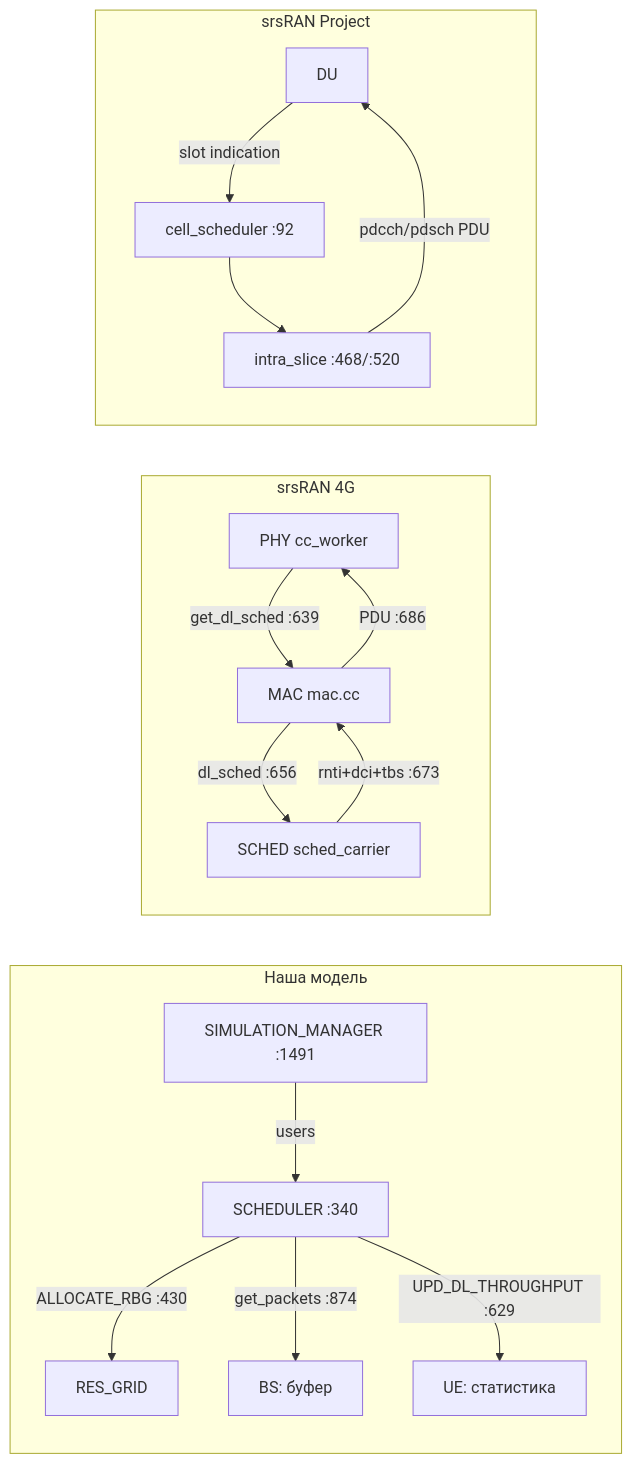
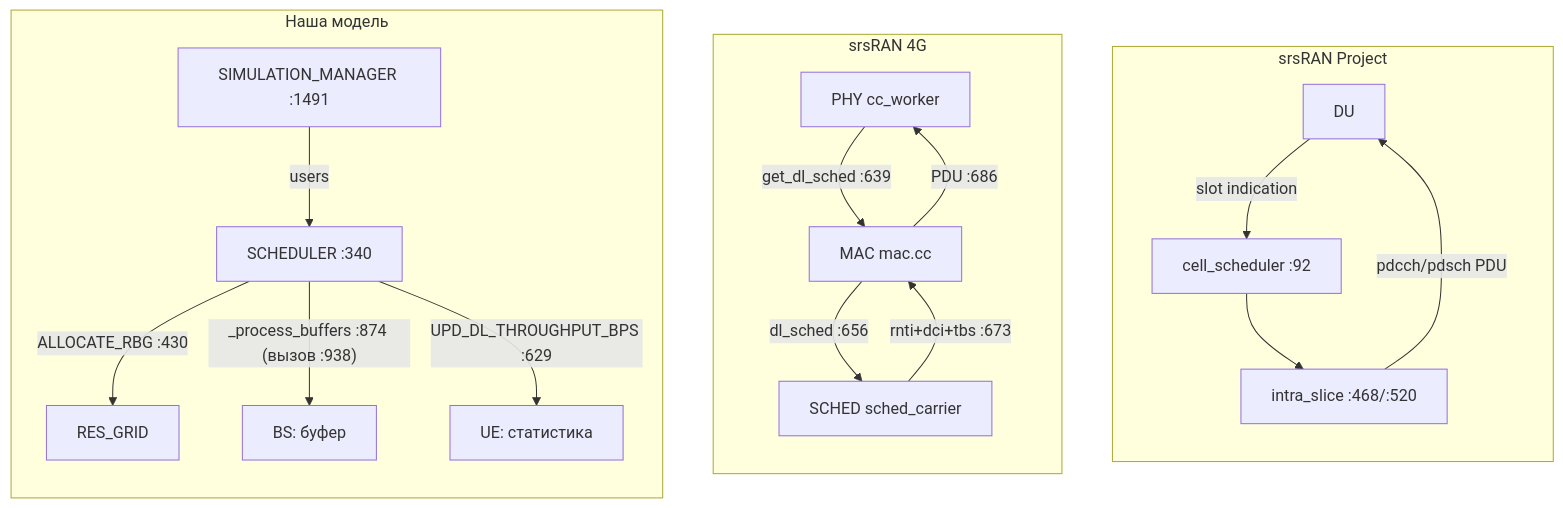
One commit to dokbrawn/REC-S5 changed the fifth of 5 diagrams in weeks/docs/week_03_report.md. Above: the diagram before and after it, drawn with Mermaid. The commit also changed other lines of this file and 5 other files, not shown here.

````diff
--- a/weeks/docs/week_03_report.md
+++ b/weeks/docs/week_03_report.md
@@ -798,20 +808,21 @@
 ```mermaid
 flowchart LR
     subgraph OURS2["Наша модель"]
         SM["SIMULATION_MANAGER :1491"] -->|"users"| SCH["SCHEDULER :340"]
         SCH -->|"ALLOCATE_RBG :430"| RG["RES_GRID"]
-        SCH -->|"get_packets :874"| BS["BS: буфер"]
-        SCH -->|"UPD_DL_THROUGHPUT :629"| UE["UE: статистика"]
+        SCH -->|"_process_buffers :874 (вызов :938)"| BS["BS: буфер"]
+        SCH -->|"UPD_DL_THROUGHPUT_BPS :629"| UE["UE: статистика"]
     end
     subgraph FOURG2["srsRAN 4G"]
         PHY1["PHY cc_worker"] -->|"get_dl_sched :639"| MAC1["MAC mac.cc"]
         MAC1 -->|"dl_sched :656"| SCD1["SCHED sched_carrier"]
         SCD1 -->|"rnti+dci+tbs :673"| MAC1
         MAC1 -->|"PDU :686"| PHY1
     end
     subgraph PROJ2["srsRAN Project"]
         DU["DU"] -->|"slot indication"| CS["cell_scheduler :92"]
         CS --> IS["intra_slice :468/:520"]
         IS -->|"pdcch/pdsch PDU"| DU
     end
+    OURS2 ~~~ FOURG2 ~~~ PROJ2
 ```
````
